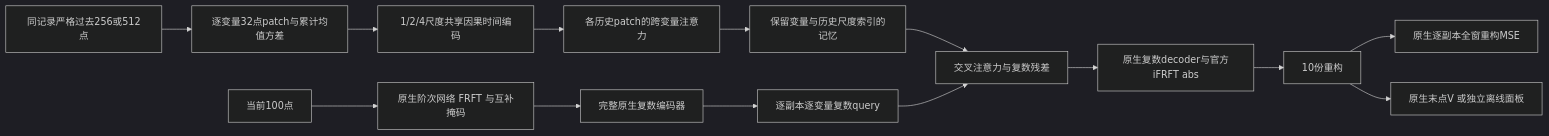
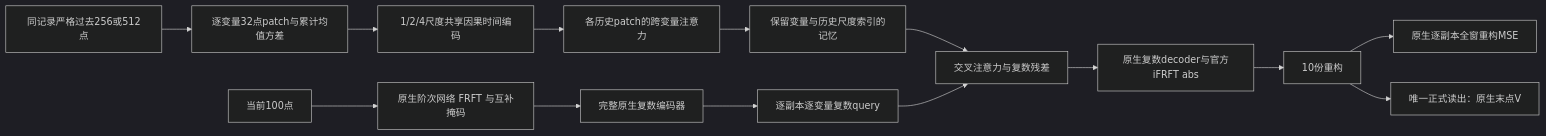
Before and after one commit to codexpker/Hybrid: the first of 2 diagrams in manuscript/next_generation_20261115/method_definition.md, drawn with Mermaid (dark theme). The commit also changed other lines of this file and 39 other files, not shown here.

````diff
--- a/manuscript/next_generation_20261115/method_definition.md
+++ b/manuscript/next_generation_20261115/method_definition.md
@@ -15,16 +15,16 @@
 ```mermaid
 flowchart LR
  H[同记录严格过去256或512点] --> P[逐变量32点patch与累计均值方差]
  P --> MS[1/2/4尺度共享因果时间编码]
  MS --> VAR[各历史patch的跨变量注意力]
  VAR --> KV[保留变量与历史尺度索引的记忆]
  X[当前100点] --> TR[原生阶次网络 FRFT 与互补掩码]
  TR --> ENC[完整原生复数编码器]
  ENC --> Q[逐副本逐变量复数query]
  KV --> AT[交叉注意力与复数残差]
  Q --> AT
  AT --> DEC[原生复数decoder与官方iFRFT abs]
  DEC --> OUT[10份重构]
  OUT --> LOSS[原生逐副本全窗重构MSE]
- OUT --> V[原生末点V 或独立离线面板]
+ OUT --> V[唯一正式读出：原生末点V]
 ```
````
